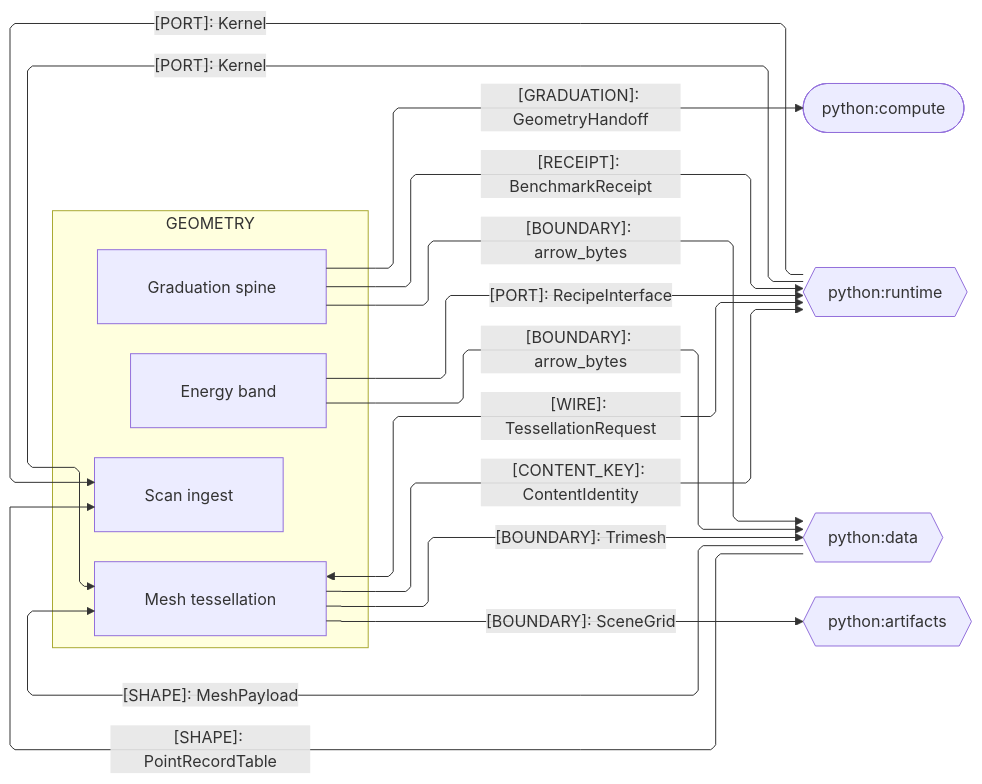
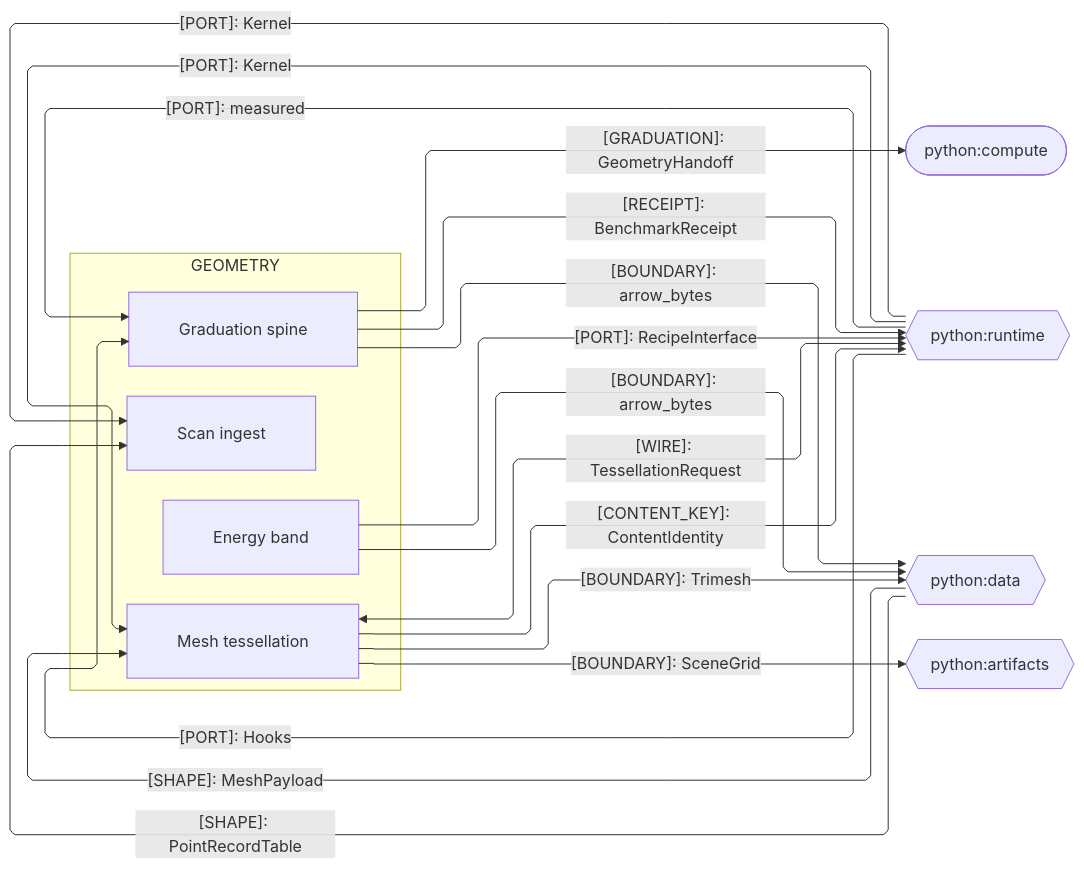
Before and after one commit to bsamiee/Rasm: the third of 3 diagrams in libs/python/geometry/ARCHITECTURE.md, drawn with Mermaid. The commit also changed other lines of this file and 189 other files, not shown here.

````diff
--- a/libs/python/geometry/ARCHITECTURE.md
+++ b/libs/python/geometry/ARCHITECTURE.md
@@ -117,35 +117,37 @@
 ```mermaid
 ---
 config:
   layout: elk
   flowchart:
     curve: linear
     padding: 25
 ---
 flowchart LR
     accTitle: Geometry Python sibling seams
     accDescr: Geometry sub-domain owners exchanging graduation receipts, payloads, ports, and kernel crossings with the Python siblings.
     subgraph geometry[GEOMETRY]
         Graduation[Graduation spine]
         Mesh[Mesh tessellation]
         Scan[Scan ingest]
         Energy[Energy band]
     end
     Compute([python:compute])
     Runtime{{python:runtime}}
     Data{{python:data}}
     Artifacts{{python:artifacts}}
     Graduation e1@-->|"[GRADUATION]: GeometryHandoff"| Compute
     Graduation e10@-->|"[BOUNDARY]: arrow_bytes"| Data
     Mesh e2@<-->|"[WIRE]: TessellationRequest"| Runtime
     Mesh e3@-->|"[CONTENT_KEY]: ContentIdentity"| Runtime
     Data e4@-->|"[SHAPE]: MeshPayload"| Mesh
     Mesh e5@-->|"[BOUNDARY]: Trimesh"| Data
     Mesh e6@-->|"[BOUNDARY]: SceneGrid"| Artifacts
     Data e7@-->|"[SHAPE]: PointRecordTable"| Scan
     Energy e8@-->|"[PORT]: RecipeInterface"| Runtime
     Energy e9@-->|"[BOUNDARY]: arrow_bytes"| Data
     Graduation e11@-->|"[RECEIPT]: BenchmarkReceipt"| Runtime
     Runtime e12@-->|"[PORT]: Kernel"| Mesh
     Runtime e13@-->|"[PORT]: Kernel"| Scan
+    Runtime e14@-->|"[PORT]: measured"| Graduation
+    Runtime e15@-->|"[PORT]: Hooks"| Graduation
 ```
````
